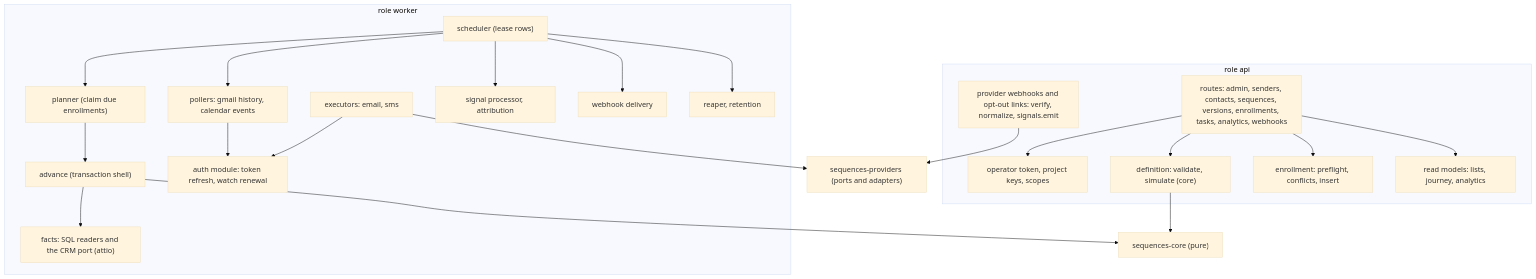
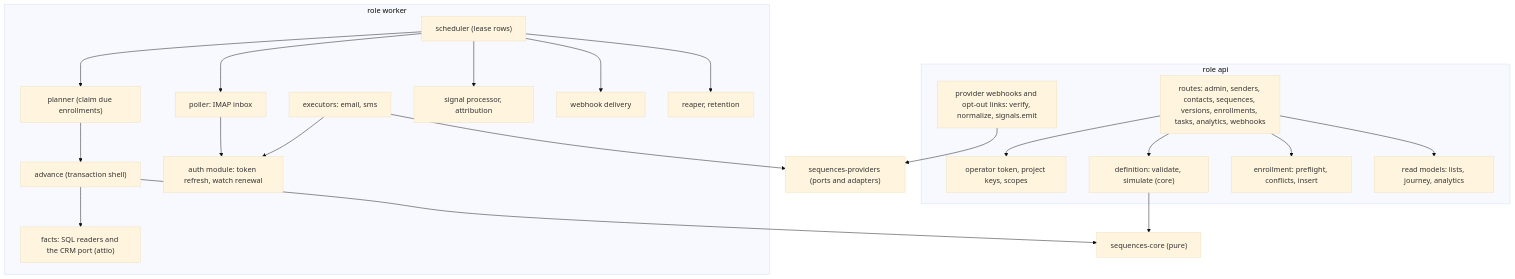
One commit to lguerberg/open-sequence changed the third of 12 diagrams in docs/ARCHITECTURE.md. Above: the diagram before and after it, drawn with Mermaid (base theme). The commit also changed other lines of this file and 140 other files, not shown here.

First line of the commit message:
Remove Gmail and Google OAuth: email is SMTP and IMAP only

````diff
--- a/docs/ARCHITECTURE.md
+++ b/docs/ARCHITECTURE.md
@@ -236,36 +233,36 @@
 ```mermaid
 flowchart TB
   subgraph APIS["role api"]
     RT["routes: admin, senders, contacts, sequences, versions, enrollments, tasks, analytics, webhooks"]
     AUTH["operator token, project keys, scopes"]
     VAL["definition: validate, simulate (core)"]
     ENR["enrollment: preflight, conflicts, insert"]
     HK["provider webhooks and opt-out links: verify, normalize, signals.emit"]
     RD["read models: lists, journey, analytics"]
   end
   subgraph WKS["role worker"]
     SCH["scheduler (lease rows)"]
     PLAN["planner (claim due enrollments)"]
     ADV["advance (transaction shell)"]
     EX["executors: email, sms"]
-    POLL["pollers: gmail history, calendar events"]
+    POLL["poller: IMAP inbox"]
     AUTHM["auth module: token refresh, watch renewal"]
     FACT["facts: SQL readers and the CRM port (attio)"]
     SIGP["signal processor, attribution"]
     OUT["webhook delivery"]
     JOBS["reaper, retention"]
   end
   CORE["sequences-core (pure)"]
   PRV["sequences-providers (ports and adapters)"]
   RT --> AUTH
   RT --> VAL & ENR & RD
   VAL --> CORE
   HK --> PRV
   SCH --> PLAN & POLL & SIGP & OUT & JOBS
   EX --> AUTHM
   POLL --> AUTHM
   PLAN --> ADV
   ADV --> CORE
   ADV --> FACT
   EX --> PRV
 ```
````
